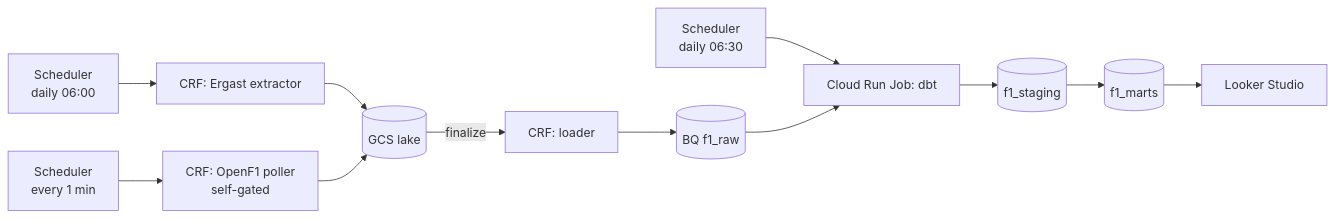
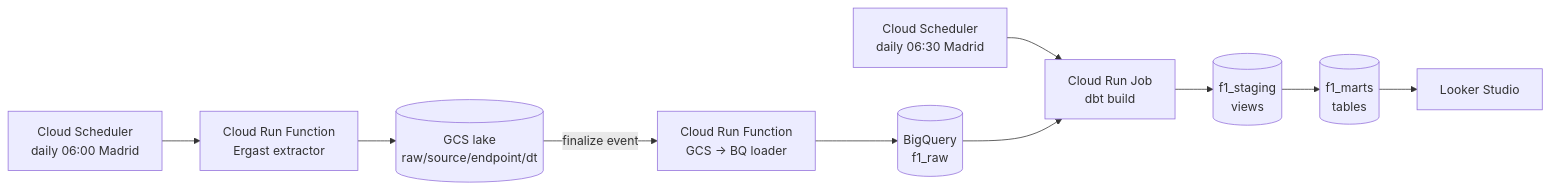
One commit to mkhlndrv/f1-gcp-pipeline changed the diagram in README.md. Above: the diagram before and after it, drawn with Mermaid. The commit also changed other lines of this file and 1 other file, not shown here.

````diff
--- a/README.md
+++ b/README.md
@@ -21,11 +16,11 @@
 ```mermaid
 flowchart LR
-    SCH1[Scheduler<br/>daily 06:00] --> EXT1[CRF: Ergast extractor]
-    SCH2[Scheduler<br/>every 1 min] --> EXT2[CRF: OpenF1 poller<br/>self-gated]
-    EXT1 --> GCS[(GCS lake)]
-    EXT2 --> GCS
-    GCS -- finalize --> LOAD[CRF: loader]
-    LOAD --> RAW[(BQ f1_raw)]
-    SCH3[Scheduler<br/>daily 06:30] --> DBT[Cloud Run Job: dbt]
-    RAW --> DBT --> STG[(f1_staging)] --> MARTS[(f1_marts)] --> LS[Looker Studio]
+    SCH1[Cloud Scheduler<br/>daily 06:00 Madrid] --> EXT1[Cloud Run Function<br/>Ergast extractor]
+    EXT1 --> GCS[(GCS lake<br/>raw/source/endpoint/dt)]
+    GCS -- finalize event --> LOAD[Cloud Run Function<br/>GCS → BQ loader]
+    LOAD --> RAW[(BigQuery<br/>f1_raw)]
+    SCH3[Cloud Scheduler<br/>daily 06:30 Madrid] --> DBT[Cloud Run Job<br/>dbt build]
+    RAW --> DBT --> STG[(f1_staging<br/>views)]
+    STG --> MARTS[(f1_marts<br/>tables)]
+    MARTS --> LS[Looker Studio]
 ```
````
